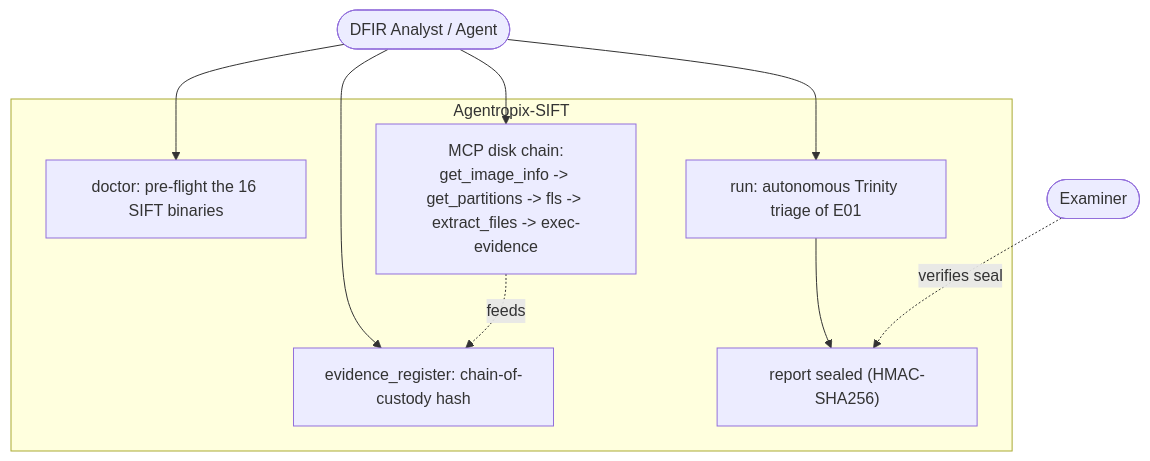
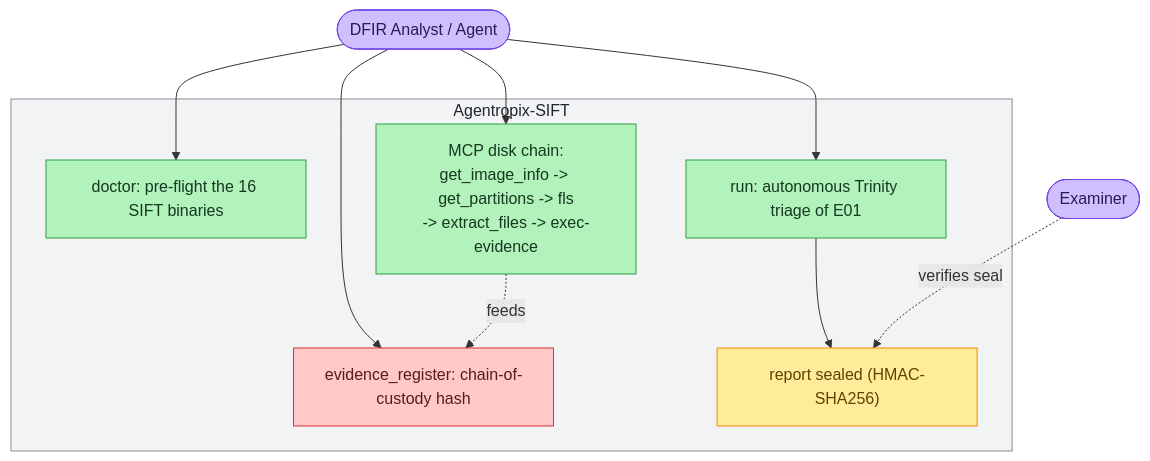
One commit to galvangabriel-web/agentropix-mcp changed the first of 3 diagrams in docs/06-use-cases/uc-disk-triage.md. Above: the diagram before and after it, drawn with Mermaid. The commit also changed 20 other files, not shown here.

First line of the commit message:
Diagram readability pass (workflow): redesign diagrams for size/clarity + audit log

````diff
--- a/docs/06-use-cases/uc-disk-triage.md
+++ b/docs/06-use-cases/uc-disk-triage.md
@@ -25,21 +25,32 @@
 ```mermaid
 graph TD
     analyst([DFIR Analyst / Agent])
     examiner([Examiner])
 
     subgraph Agentropix-SIFT
         UC1["doctor: pre-flight the 16 SIFT binaries"]
         UC2["run: autonomous Trinity triage of E01"]
-        UC3["MCP disk chain:<br/>get_image_info -> get_partitions -> fls -> extract_files -> exec-evidence"]
+        UC3["MCP disk chain:<br/>get_image_info -> get_partitions -> fls<br/>-> extract_files -> exec-evidence"]
         UC4["evidence_register: chain-of-custody hash"]
         UC5["report sealed (HMAC-SHA256)"]
     end
 
     analyst --> UC1
     analyst --> UC2
     analyst --> UC3
     analyst --> UC4
     UC2 --> UC5
     UC3 -.feeds.-> UC4
     examiner -.verifies seal.-> UC5
+
+    classDef actor fill:#d0bfff,stroke:#7048e8,color:#2b1a52
+    classDef core fill:#b2f2bb,stroke:#2f9e44,color:#15391f
+    classDef gov fill:#ffc9c9,stroke:#e03131,color:#5c1a1a
+    classDef sink fill:#ffec99,stroke:#f08c00,color:#5c4400
+
+    class analyst,examiner actor
+    class UC1,UC2,UC3 core
+    class UC4 gov
+    class UC5 sink
+    style Agentropix-SIFT fill:#f1f3f5,stroke:#868e96,color:#212529
 ```
````
